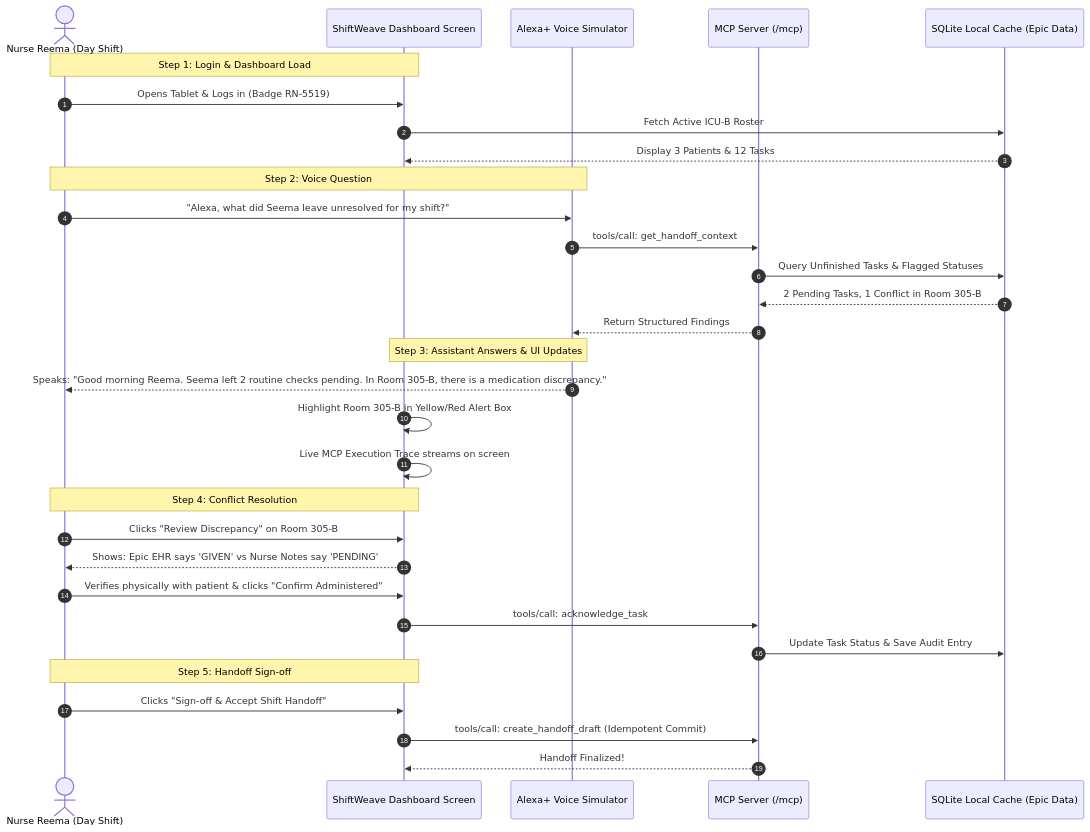
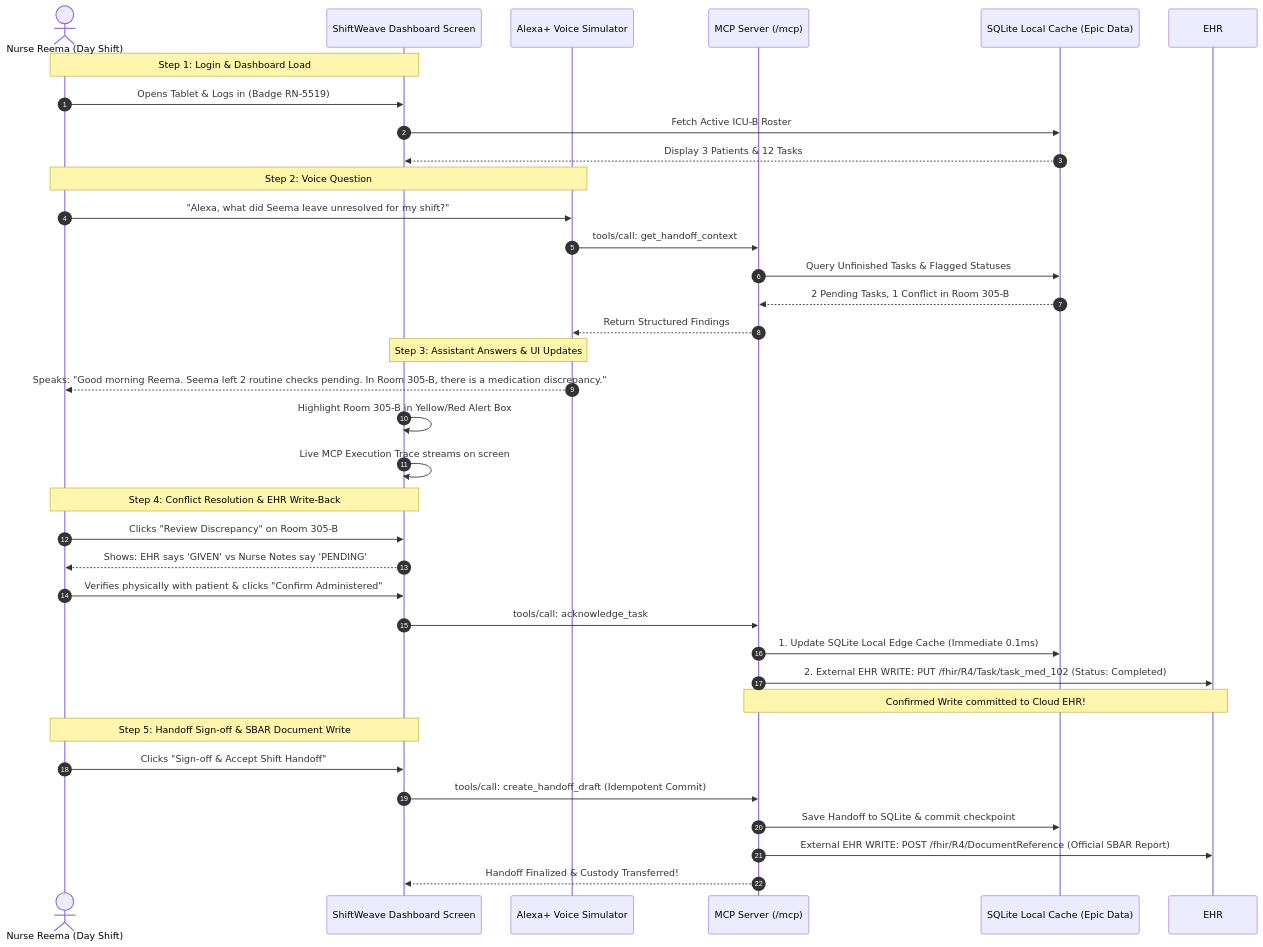
The diagram in how_it_works.md (agrasenrai/dev_assist), drawn with Mermaid before and after one commit. The commit also changed 9 other files, not shown here.

````diff
--- a/how_it_works.md
+++ b/how_it_works.md
@@ -56,38 +56,42 @@
 ```mermaid
 sequenceDiagram
     autonumber
     actor Reema as Nurse Reema (Day Shift)
     participant UI as ShiftWeave Dashboard Screen
     participant Alexa as Alexa+ Voice Simulator
     participant MCP as MCP Server (/mcp)
     participant Cache as SQLite Local Cache (Epic Data)
 
     Note over Reema,UI: Step 1: Login & Dashboard Load
     Reema->>UI: Opens Tablet & Logs in (Badge RN-5519)
     UI->>Cache: Fetch Active ICU-B Roster
     Cache-->>UI: Display 3 Patients & 12 Tasks
 
     Note over Reema,Alexa: Step 2: Voice Question
     Reema->>Alexa: "Alexa, what did Seema leave unresolved for my shift?"
     Alexa->>MCP: tools/call: get_handoff_context
     MCP->>Cache: Query Unfinished Tasks & Flagged Statuses
     Cache-->>MCP: 2 Pending Tasks, 1 Conflict in Room 305-B
     MCP-->>Alexa: Return Structured Findings
 
     Note over Alexa,UI: Step 3: Assistant Answers & UI Updates
     Alexa-->>Reema: Speaks: "Good morning Reema. Seema left 2 routine checks pending. In Room 305-B, there is a medication discrepancy."
     UI->>UI: Highlight Room 305-B in Yellow/Red Alert Box
     UI->>UI: Live MCP Execution Trace streams on screen
 
-    Note over Reema,UI: Step 4: Conflict Resolution
+    Note over Reema,UI: Step 4: Conflict Resolution & EHR Write-Back
     Reema->>UI: Clicks "Review Discrepancy" on Room 305-B
-    UI-->>Reema: Shows: Epic EHR says 'GIVEN' vs Nurse Notes say 'PENDING'
+    UI-->>Reema: Shows: EHR says 'GIVEN' vs Nurse Notes say 'PENDING'
     Reema->>UI: Verifies physically with patient & clicks "Confirm Administered"
     UI->>MCP: tools/call: acknowledge_task
-    MCP->>Cache: Update Task Status & Save Audit Entry
+    MCP->>Cache: 1. Update SQLite Local Edge Cache (Immediate 0.1ms)
+    MCP->>EHR: 2. External EHR WRITE: PUT /fhir/R4/Task/task_med_102 (Status: Completed)
+    Note over MCP,EHR: Confirmed Write committed to Cloud EHR!
 
-    Note over Reema,UI: Step 5: Handoff Sign-off
+    Note over Reema,UI: Step 5: Handoff Sign-off & SBAR Document Write
     Reema->>UI: Clicks "Sign-off & Accept Shift Handoff"
     UI->>MCP: tools/call: create_handoff_draft (Idempotent Commit)
-    MCP-->>UI: Handoff Finalized!
+    MCP->>Cache: Save Handoff to SQLite & commit checkpoint
+    MCP->>EHR: External EHR WRITE: POST /fhir/R4/DocumentReference (Official SBAR Report)
+    MCP-->>UI: Handoff Finalized & Custody Transferred!
 ```
````
